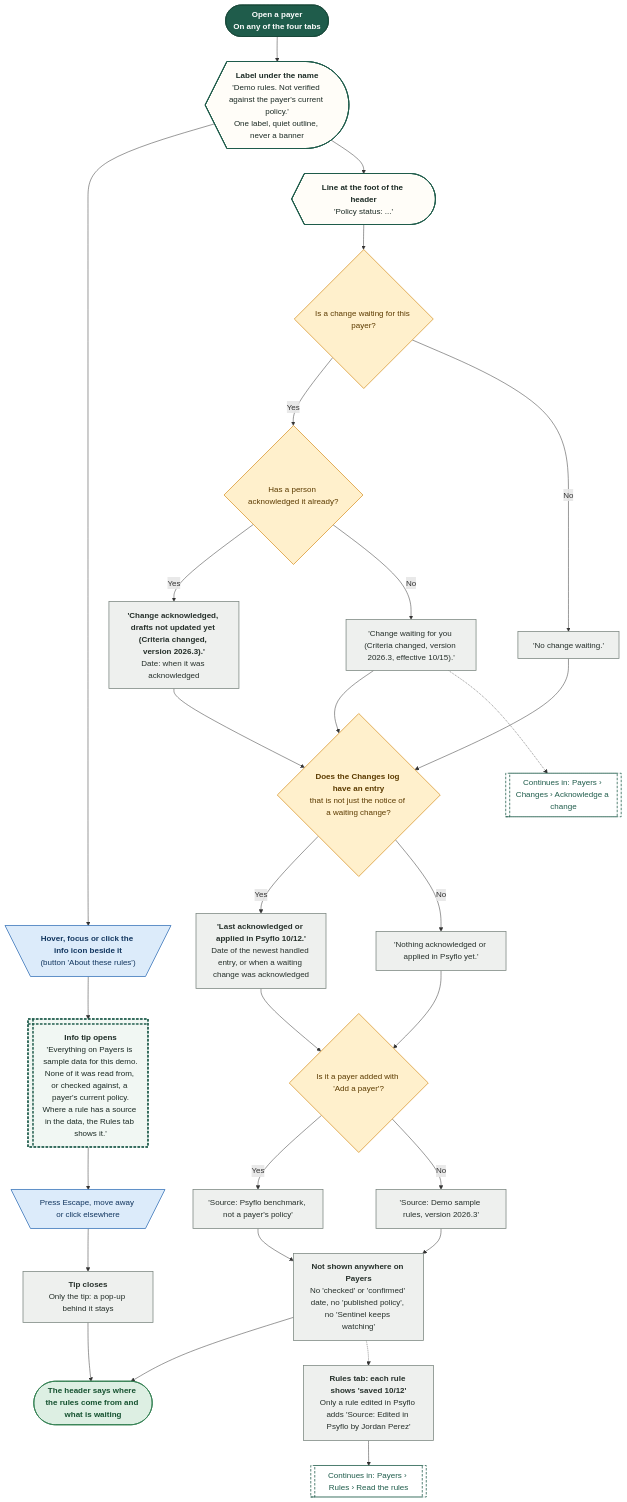
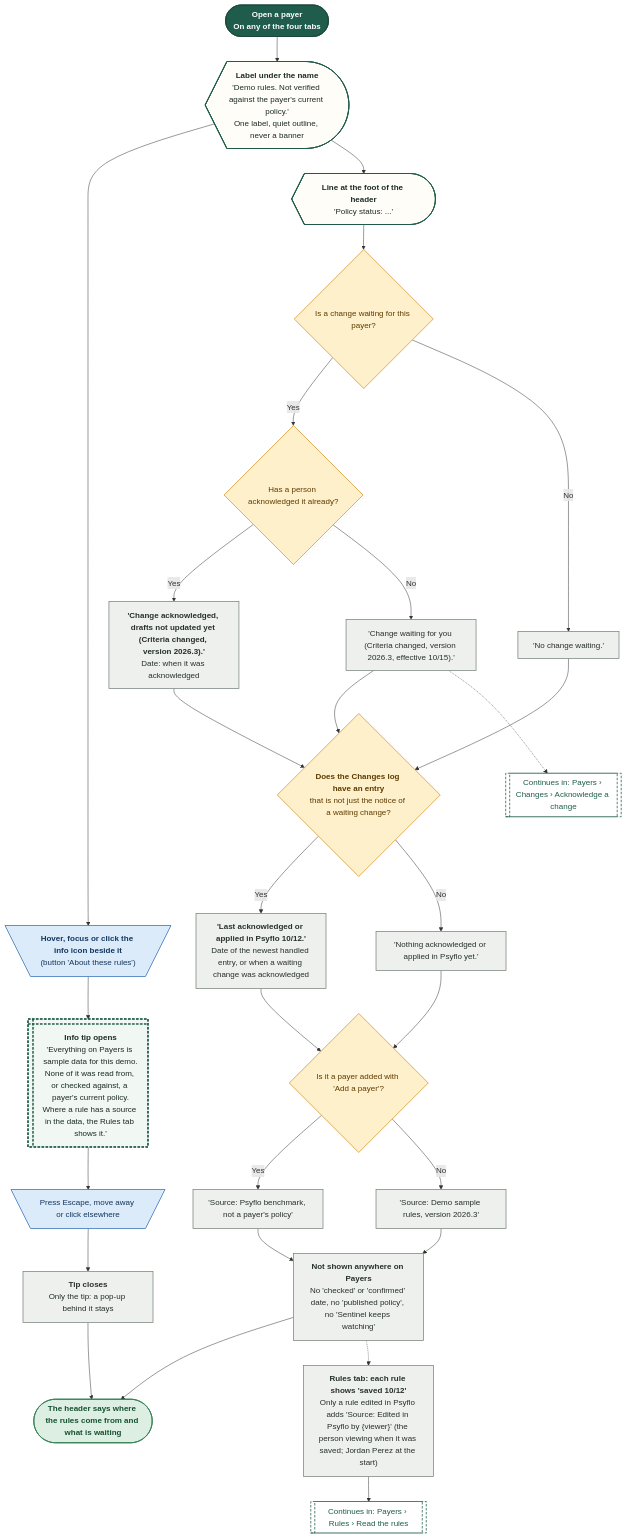
One commit to Shrav143/psyfloapp changed the fourth of 27 diagrams in demos/prior-auth-demo/workflows/out/md/10-payers.md. Above: the diagram before and after it, drawn with Mermaid. The commit also changed other lines of this file and 251 other files, not shown here.

First line of the commit message:
docs: rebuild the workflow diagrams (291) for round 4

````diff
--- a/demos/prior-auth-demo/workflows/out/md/10-payers.md
+++ b/demos/prior-auth-demo/workflows/out/md/10-payers.md
@@ -252,64 +254,64 @@
 ```mermaid
 %%{init: {"theme":"base","themeVariables":{"fontFamily":"'DM Sans', 'Segoe UI', system-ui, sans-serif","fontSize":"15px","lineColor":"#5B6B63","primaryTextColor":"#1C2B25","clusterBkg":"#FBF8F3","clusterBorder":"#D9CDBB","edgeLabelBackground":"#FFFFFF"},"flowchart":{"curve":"basis","nodeSpacing":36,"rankSpacing":48,"padding":12,"htmlLabels":true,"useMaxWidth":false,"wrappingWidth":230}} }%%
 flowchart TD
   classDef k_start fill:#1F5C4B,stroke:#174638,color:#FFFFFF,stroke-width:1.5px,font-weight:600
   classDef k_end fill:#DDEFE3,stroke:#2E7D4F,color:#14502F,stroke-width:1.5px,font-weight:600
   classDef k_endx fill:#FBE3E0,stroke:#C0392B,color:#7A1F16,stroke-width:1.5px,font-weight:600
   classDef k_screen fill:#FFFDF8,stroke:#1F5C4B,color:#1C2B25,stroke-width:2px
   classDef k_overlay fill:#F1F7F3,stroke:#1F5C4B,color:#1C2B25,stroke-width:2px,stroke-dasharray:5 3
   classDef k_click fill:#DCEBFA,stroke:#2F6DB5,color:#12365F,stroke-width:1.5px
   classDef k_input fill:#E4E7FF,stroke:#4C5FD5,color:#1D2670,stroke-width:1.5px
   classDef k_process fill:#EEF0EE,stroke:#7A857F,color:#26302B,stroke-width:1.5px
   classDef k_agent fill:#EEE5FA,stroke:#7A4FC2,color:#341A63,stroke-width:1.5px
   classDef k_decision fill:#FFF0CC,stroke:#D9962B,color:#5C3B00,stroke-width:1.5px
   classDef k_store fill:#D5F0EA,stroke:#1C8E7B,color:#0B4A3F,stroke-width:1.5px
   classDef k_doc fill:#F6E9DC,stroke:#B07A4C,color:#4A2E14,stroke-width:1.5px
   classDef k_ext fill:#FFE6D2,stroke:#E07B39,color:#6B2F06,stroke-width:1.5px
   classDef k_wait fill:#E4E8EE,stroke:#6B7C93,color:#26303D,stroke-width:1.5px
   classDef k_toast fill:#FFF9DB,stroke:#C9A400,color:#5A4A00,stroke-width:1.5px
   classDef k_goto fill:#FFFFFF,stroke:#1F5C4B,color:#1F5C4B,stroke-width:1.5px,stroke-dasharray:5 3
   s1@{ shape: stadium, label: "<b>Open a payer</b><br/>On any of the four tabs" }
   lab@{ shape: curv-trap, label: "<b>Label under the name</b><br/>'Demo rules. Not verified against the payer's current policy.'<br/>One label, quiet outline, never a banner" }
   tip@{ shape: trap-t, label: "<b>Hover, focus or click the info icon beside it</b><br/>(button 'About these rules')" }
   tipt@{ shape: win-pane, label: "<b>Info tip opens</b><br/>'Everything on Payers is sample data for this demo.<br/>None of it was read from, or checked against, a payer's current policy.<br/>Where a rule has a source in the data, the Rules tab shows it.'" }
   esc@{ shape: trap-t, label: "Press Escape, move away or click elsewhere" }
   cl@{ shape: rect, label: "<b>Tip closes</b><br/>Only the tip: a pop-up behind it stays" }
   ps@{ shape: curv-trap, label: "<b>Line at the foot of the header</b><br/>'Policy status: ...'" }
   d1@{ shape: diam, label: "Is a change waiting for this payer?" }
   w1@{ shape: rect, label: "'Change waiting for you (Criteria changed, version 2026.3, effective 10/15).'" }
   d2@{ shape: diam, label: "Has a person acknowledged it already?" }
   w2@{ shape: rect, label: "<b>'Change acknowledged, drafts not updated yet (Criteria changed, version 2026.3).'</b><br/>Date: when it was acknowledged" }
   w0@{ shape: rect, label: "'No change waiting.'" }
   d3@{ shape: diam, label: "<b>Does the Changes log have an entry</b><br/>that is not just the notice of a waiting change?" }
   l1@{ shape: rect, label: "<b>'Last acknowledged or applied in Psyflo 10/12.'</b><br/>Date of the newest handled entry, or when a waiting change was acknowledged" }
   l0@{ shape: rect, label: "'Nothing acknowledged or applied in Psyflo yet.'" }
   d4@{ shape: diam, label: "Is it a payer added with 'Add a payer'?" }
   s1t@{ shape: rect, label: "'Source: Psyflo benchmark, not a payer's policy'" }
   s2t@{ shape: rect, label: "'Source: Demo sample rules, version 2026.3'" }
   nov@{ shape: rect, label: "<b>Not shown anywhere on Payers</b><br/>No 'checked' or 'confirmed' date, no 'published policy', no 'Sentinel keeps watching'" }
-  rl@{ shape: rect, label: "<b>Rules tab: each rule shows 'saved 10/12'</b><br/>Only a rule edited in Psyflo adds 'Source: Edited in Psyflo by Jordan Perez'" }
+  rl@{ shape: rect, label: "<b>Rules tab: each rule shows 'saved 10/12'</b><br/>Only a rule edited in Psyflo adds 'Source: Edited in Psyflo by {viewer}' (the person viewing when it was saved; Jordan Perez at the start)" }
   e1@{ shape: stadium, label: "The header says where the rules come from and what is waiting" }
   g1@{ shape: subproc, label: "Continues in: Payers › Changes › Acknowledge a change" }
   g2@{ shape: subproc, label: "Continues in: Payers › Rules › Read the rules" }
   s1 --> lab --> tip --> tipt --> esc --> cl --> e1
   lab --> ps --> d1
   d1 -->|"Yes"| d2
   d2 -->|"Yes"| w2 --> d3
   d2 -->|"No"| w1 --> d3
   d1 -->|"No"| w0 --> d3
   d3 -->|"Yes"| l1 --> d4
   d3 -->|"No"| l0 --> d4
   d4 -->|"Yes"| s1t --> nov
   d4 -->|"No"| s2t --> nov
   nov --> e1
   w1 -.-> g1
   nov -.-> rl --> g2
   class s1 k_start
   class lab,ps k_screen
   class tip,esc k_click
   class tipt k_overlay
   class cl,w1,w2,w0,l1,l0,s1t,s2t,nov,rl k_process
   class d1,d2,d3,d4 k_decision
   class e1 k_end
   class g1,g2 k_goto
 ```
````
